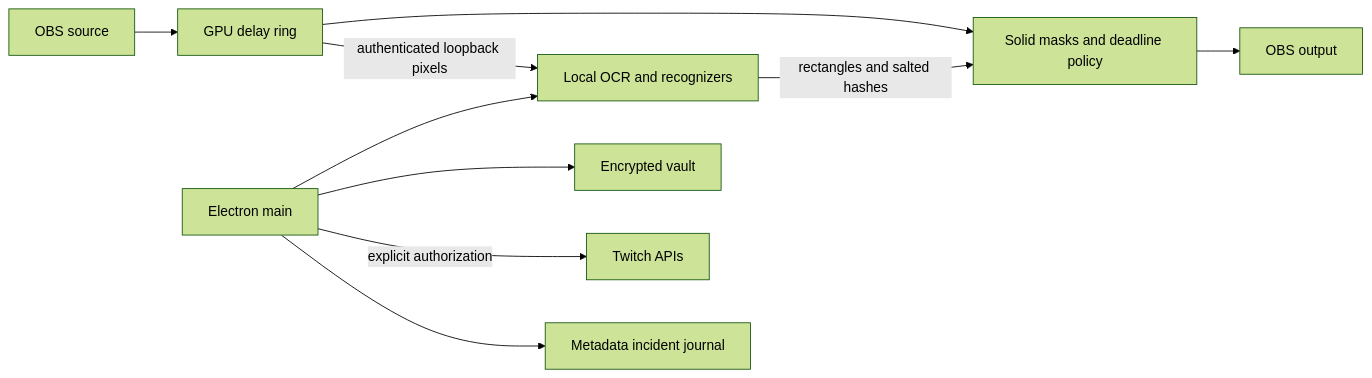
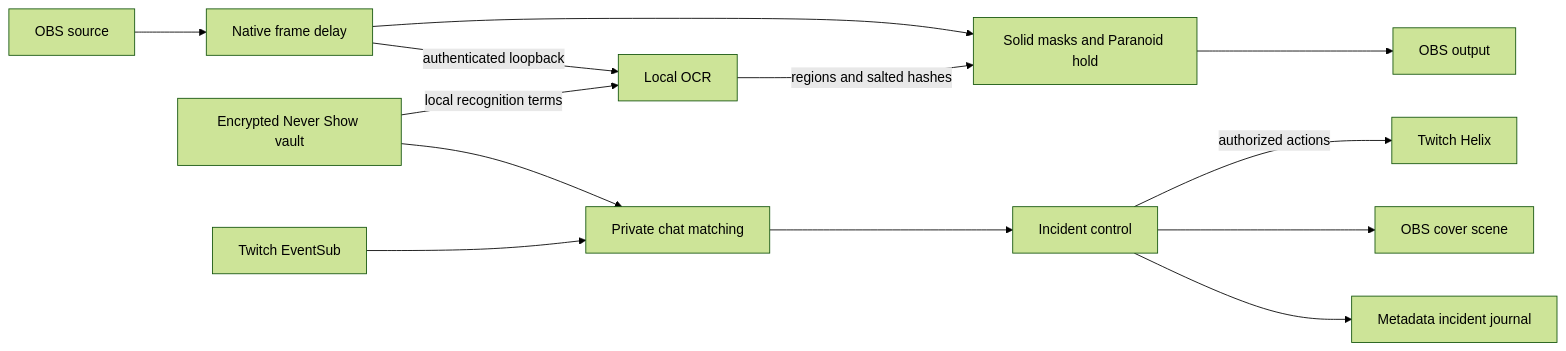
Before and after one commit to vivekyarra/veil: the diagram in README.md, drawn with Mermaid (forest theme). The commit also changed other lines of this file and 71 other files, not shown here.

````diff
--- a/README.md
+++ b/README.md
@@ -54,12 +68,15 @@
 ```mermaid
 flowchart LR
-  OBS[OBS source] --> Ring[GPU delay ring]
-  Ring --> Masks[Solid masks and deadline policy]
-  Masks --> Output[OBS output]
-  Ring -->|authenticated loopback pixels| OCR[Local OCR and recognizers]
-  OCR -->|rectangles and salted hashes| Masks
-  Main[Electron main] --> OCR
-  Main --> Vault[Encrypted vault]
-  Main -->|explicit authorization| Twitch[Twitch APIs]
-  Main --> Journal[Metadata incident journal]
+  Source[OBS source] --> Delay[Native frame delay]
+  Delay --> Guard[Solid masks and Paranoid hold]
+  Guard --> Stream[OBS output]
+  Delay -->|authenticated loopback| OCR[Local OCR]
+  OCR -->|regions and salted hashes| Guard
+  Vault[Encrypted Never Show vault] --> Match[Private chat matching]
+  Vault -->|local recognition terms| OCR
+  Twitch[Twitch EventSub] --> Match
+  Match --> Response[Incident control]
+  Response -->|authorized actions| Helix[Twitch Helix]
+  Response --> Cover[OBS cover scene]
+  Response --> Journal[Metadata incident journal]
 ```
````
